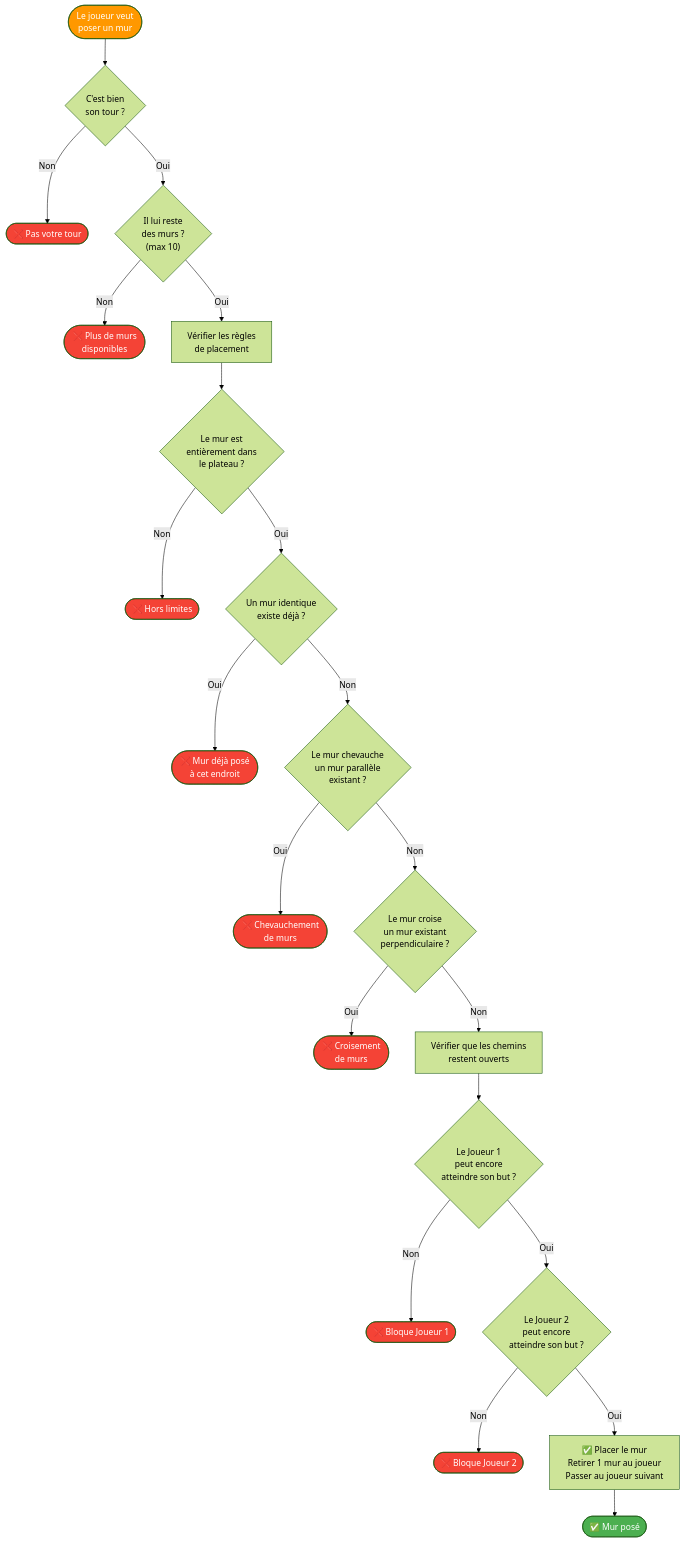
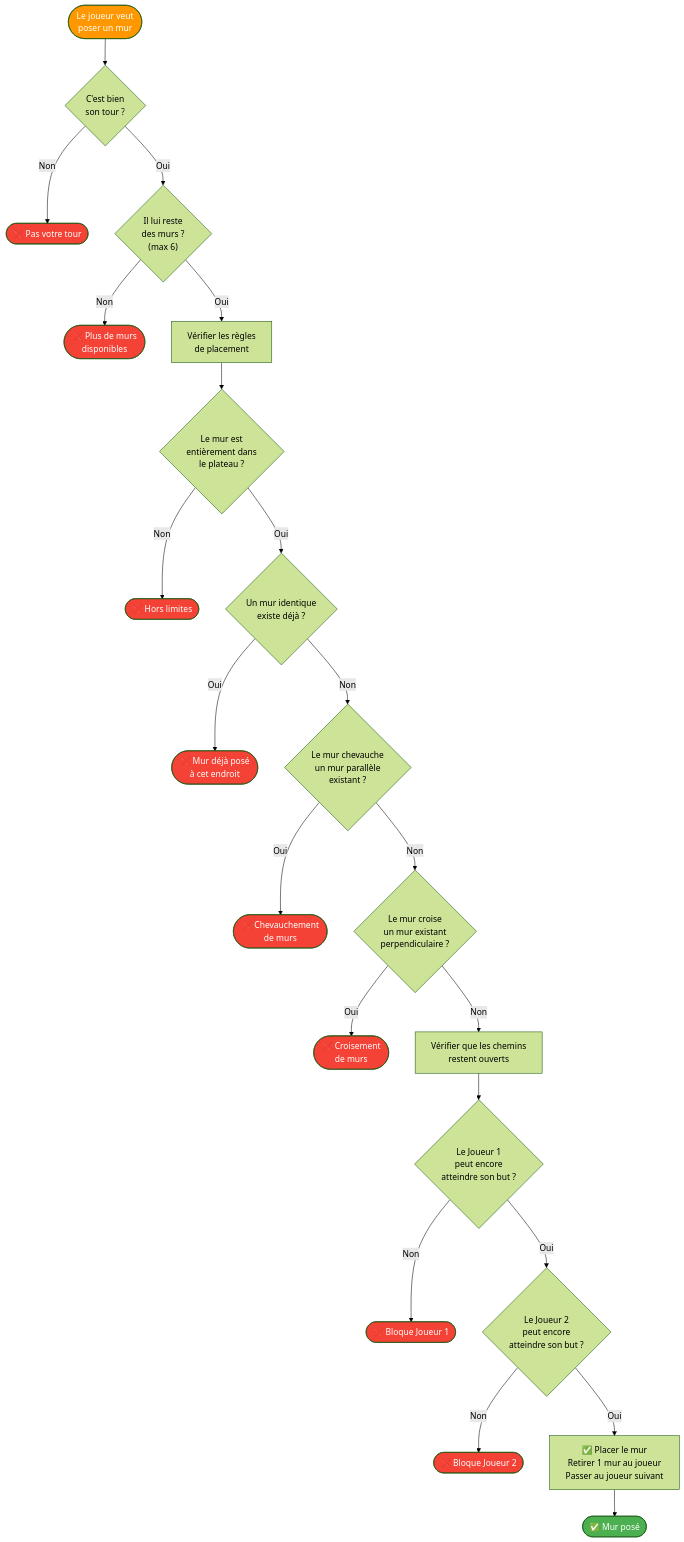
Before and after one commit to Silou1/Projet_mecatronique_I3: the fourth of 5 diagrams in flowcharts/03_logique_jeu.md, drawn with Mermaid (forest theme). The commit also changed 14 other files, not shown here.

````diff
--- a/flowcharts/03_logique_jeu.md
+++ b/flowcharts/03_logique_jeu.md
@@ -100,36 +100,36 @@
 ```mermaid
 flowchart TD
     WALL_START(["Le joueur veut<br/>poser un mur"]) --> W_TURN{"C'est bien<br/>son tour ?"}
     W_TURN -->|Non| W_ERR1(["❌ Pas votre tour"])
-    W_TURN -->|Oui| W_WALLS{"Il lui reste<br/>des murs ?<br/>(max 10)"}
+    W_TURN -->|Oui| W_WALLS{"Il lui reste<br/>des murs ?<br/>(max 6)"}
     W_WALLS -->|Non| W_ERR2(["❌ Plus de murs<br/>disponibles"])
     W_WALLS -->|Oui| VALIDATE
 
     VALIDATE["Vérifier les règles<br/>de placement"] --> V1{"Le mur est<br/>entièrement dans<br/>le plateau ?"}
     V1 -->|Non| V_ERR1(["❌ Hors limites"])
     V1 -->|Oui| V2{"Un mur identique<br/>existe déjà ?"}
     V2 -->|Oui| V_ERR2(["❌ Mur déjà posé<br/>à cet endroit"])
     V2 -->|Non| V3{"Le mur chevauche<br/>un mur parallèle<br/>existant ?"}
     V3 -->|Oui| V_ERR3(["❌ Chevauchement<br/>de murs"])
     V3 -->|Non| V4{"Le mur croise<br/>un mur existant<br/>perpendiculaire ?"}
     V4 -->|Oui| V_ERR4(["❌ Croisement<br/>de murs"])
     V4 -->|Non| PATH_CHECK
 
     PATH_CHECK["Vérifier que les chemins<br/>restent ouverts"] --> BFS1{"Le Joueur 1<br/>peut encore<br/>atteindre son but ?"}
     BFS1 -->|Non| P_ERR(["❌ Bloque Joueur 1"])
     BFS1 -->|Oui| BFS2{"Le Joueur 2<br/>peut encore<br/>atteindre son but ?"}
     BFS2 -->|Non| P_ERR2(["❌ Bloque Joueur 2"])
     BFS2 -->|Oui| PLACE["✅ Placer le mur<br/>Retirer 1 mur au joueur<br/>Passer au joueur suivant"]
     PLACE --> W_RETURN(["✅ Mur posé"])
 
     style WALL_START fill:#FF9800,color:#fff
     style W_RETURN fill:#4CAF50,color:#fff
     style V_ERR1 fill:#f44336,color:#fff
     style V_ERR2 fill:#f44336,color:#fff
     style V_ERR3 fill:#f44336,color:#fff
     style V_ERR4 fill:#f44336,color:#fff
     style P_ERR fill:#f44336,color:#fff
     style P_ERR2 fill:#f44336,color:#fff
     style W_ERR1 fill:#f44336,color:#fff
     style W_ERR2 fill:#f44336,color:#fff
 ```
````
